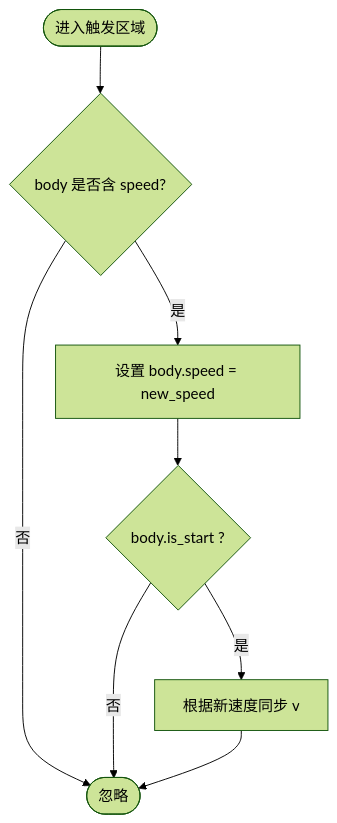
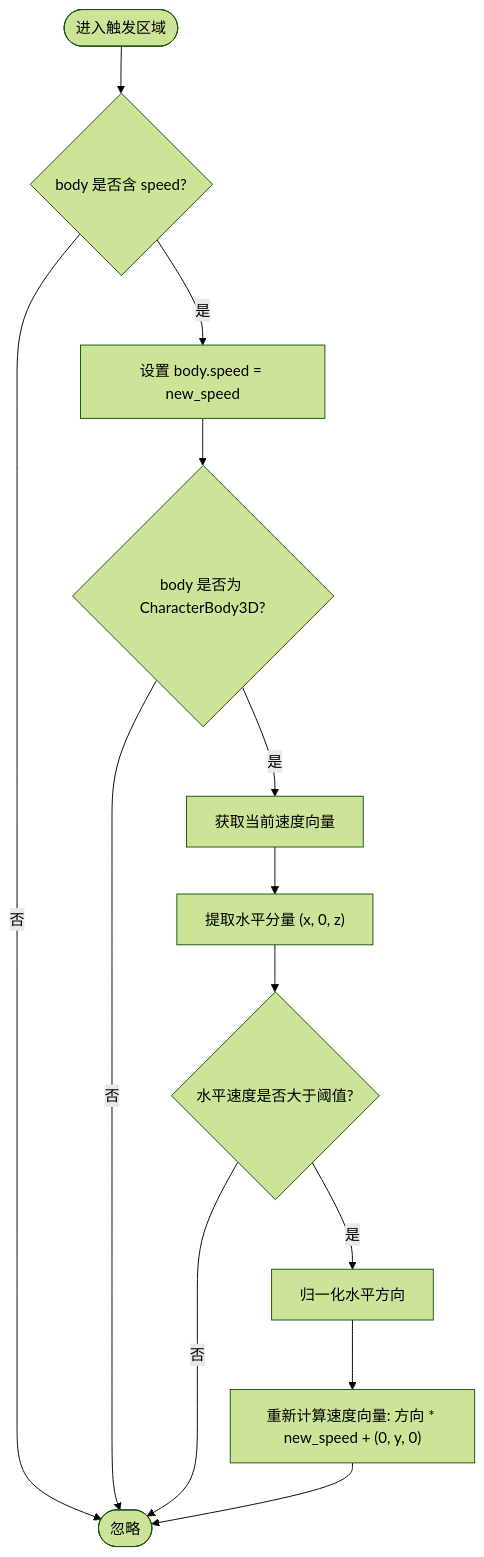
The fourth of 13 diagrams in .qoder/repowiki/zh/content/游戏系统/触发器系统/触发器系统.md (godotline/godot-line), drawn with Mermaid (forest theme) before and after one commit. The commit also changed other lines of this file and 44 other files, not shown here.

````diff
--- a/.qoder/repowiki/zh/content/游戏系统/触发器系统/触发器系统.md
+++ b/.qoder/repowiki/zh/content/游戏系统/触发器系统/触发器系统.md
@@ -259,10 +278,15 @@
 ```mermaid
 flowchart TD
 Start(["进入触发区域"]) --> HasSpeed{"body 是否含 speed?"}
 HasSpeed --> |否| End(["忽略"])
 HasSpeed --> |是| Set["设置 body.speed = new_speed"]
-Set --> IsStart{"body.is_start ?"}
-IsStart --> |否| End
-IsStart --> |是| Sync["根据新速度同步 v"]
-Sync --> End
+Set --> IsChar{"body 是否为 CharacterBody3D?"}
+IsChar --> |否| End
+IsChar --> |是| GetVel["获取当前速度向量"]
+GetVel --> ExtractHor["提取水平分量 (x, 0, z)"]
+ExtractHor --> CheckMag{"水平速度是否大于阈值?"}
+CheckMag --> |否| End
+CheckMag --> |是| Normalize["归一化水平方向"]
+Normalize --> Recalc["重新计算速度向量: 方向 * new_speed + (0, y, 0)"]
+Recalc --> End
 ```
````
